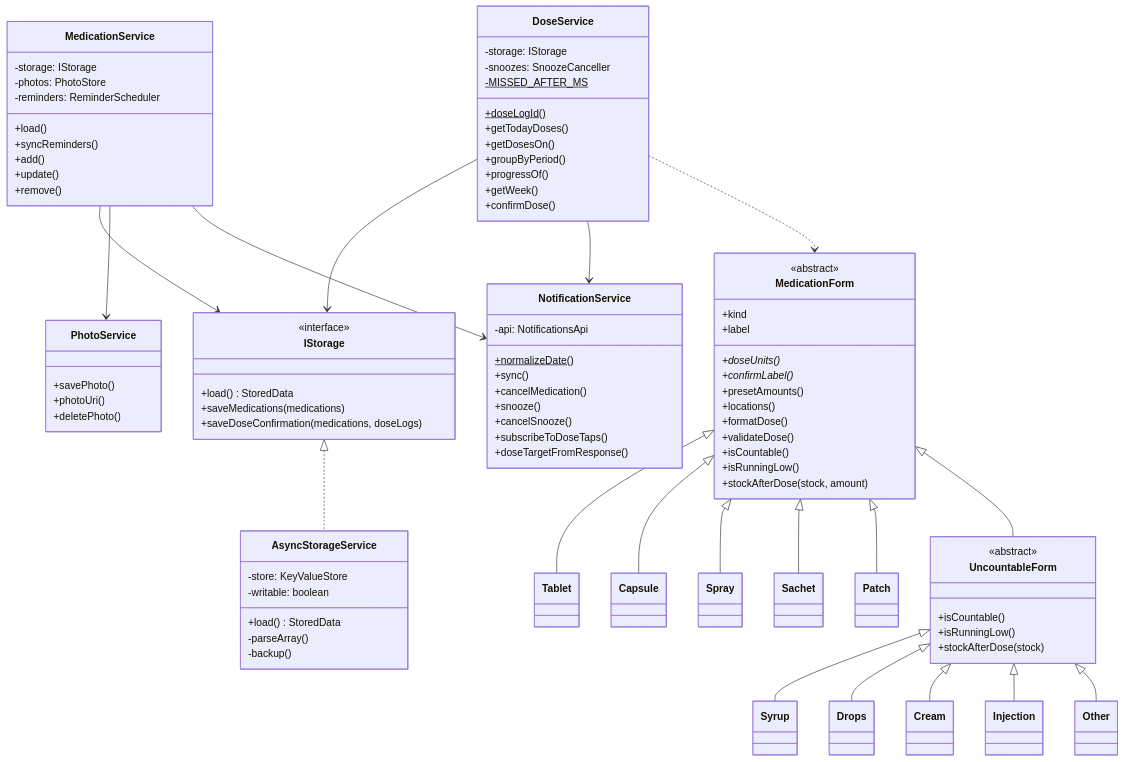
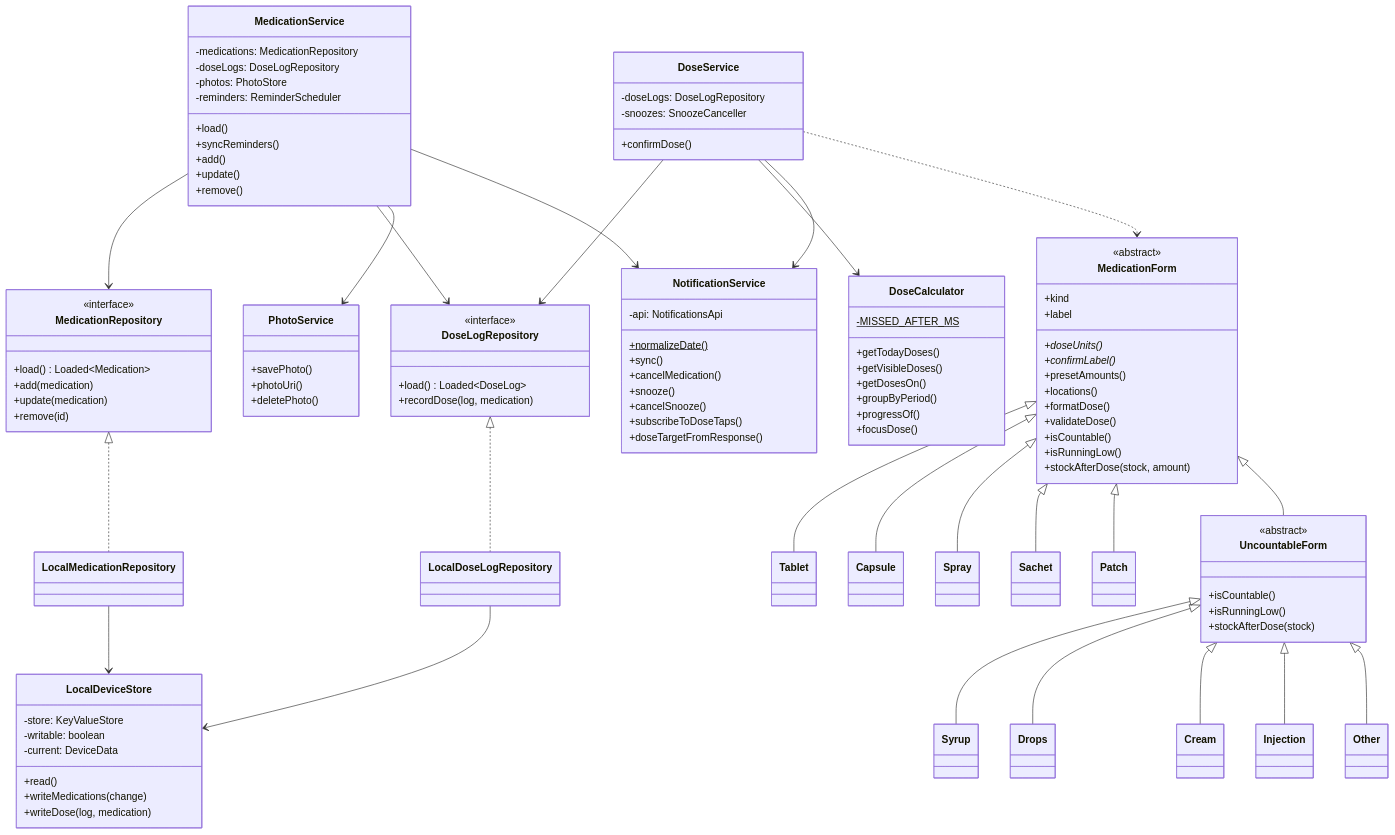
One commit to mustafabulut8/ilac-takip changed the third of 3 diagrams in docs/moduler-yapi.md. Above: the diagram before and after it, drawn with Mermaid. The commit also changed other lines of this file, not shown here.

Commit message:
docs(yapi): diyagramlar repository ve saf alan katmanına göre güncellendi

````diff
--- a/docs/moduler-yapi.md
+++ b/docs/moduler-yapi.md
@@ -246,32 +289,44 @@
 ```mermaid
 classDiagram
-  class IStorage {
+  class MedicationRepository {
     <<interface>>
-    +load() StoredData
-    +saveMedications(medications)
-    +saveDoseConfirmation(medications, doseLogs)
+    +load() Loaded~Medication~
+    +add(medication)
+    +update(medication)
+    +remove(id)
   }
-  class AsyncStorageService {
+  class DoseLogRepository {
+    <<interface>>
+    +load() Loaded~DoseLog~
+    +recordDose(log, medication)
+  }
+  class LocalMedicationRepository
+  class LocalDoseLogRepository
+  class LocalDeviceStore {
     -store: KeyValueStore
     -writable: boolean
-    +load() StoredData
-    -parseArray()
-    -backup()
+    -current: DeviceData
+    +read()
+    +writeMedications(change)
+    +writeDose(log, medication)
   }
-  class DoseService {
-    -storage: IStorage
-    -snoozes: SnoozeCanceller
+  class DoseCalculator {
     -MISSED_AFTER_MS$
-    +doseLogId()$
     +getTodayDoses()
+    +getVisibleDoses()
     +getDosesOn()
     +groupByPeriod()
     +progressOf()
-    +getWeek()
+    +focusDose()
+  }
+  class DoseService {
+    -doseLogs: DoseLogRepository
+    -snoozes: SnoozeCanceller
     +confirmDose()
   }
   class MedicationService {
-    -storage: IStorage
+    -medications: MedicationRepository
+    -doseLogs: DoseLogRepository
     -photos: PhotoStore
     -reminders: ReminderScheduler
     +load()
@@ -315,9 +370,14 @@
     +isRunningLow()
     +stockAfterDose(stock)
   }
-  IStorage <|.. AsyncStorageService
-  DoseService --> IStorage
-  MedicationService --> IStorage
+  MedicationRepository <|.. LocalMedicationRepository
+  DoseLogRepository <|.. LocalDoseLogRepository
+  LocalMedicationRepository --> LocalDeviceStore
+  LocalDoseLogRepository --> LocalDeviceStore
+  DoseService --> DoseLogRepository
+  DoseService --> DoseCalculator
+  MedicationService --> MedicationRepository
+  MedicationService --> DoseLogRepository
   MedicationService --> PhotoService
   MedicationService --> NotificationService
   DoseService --> NotificationService
````
